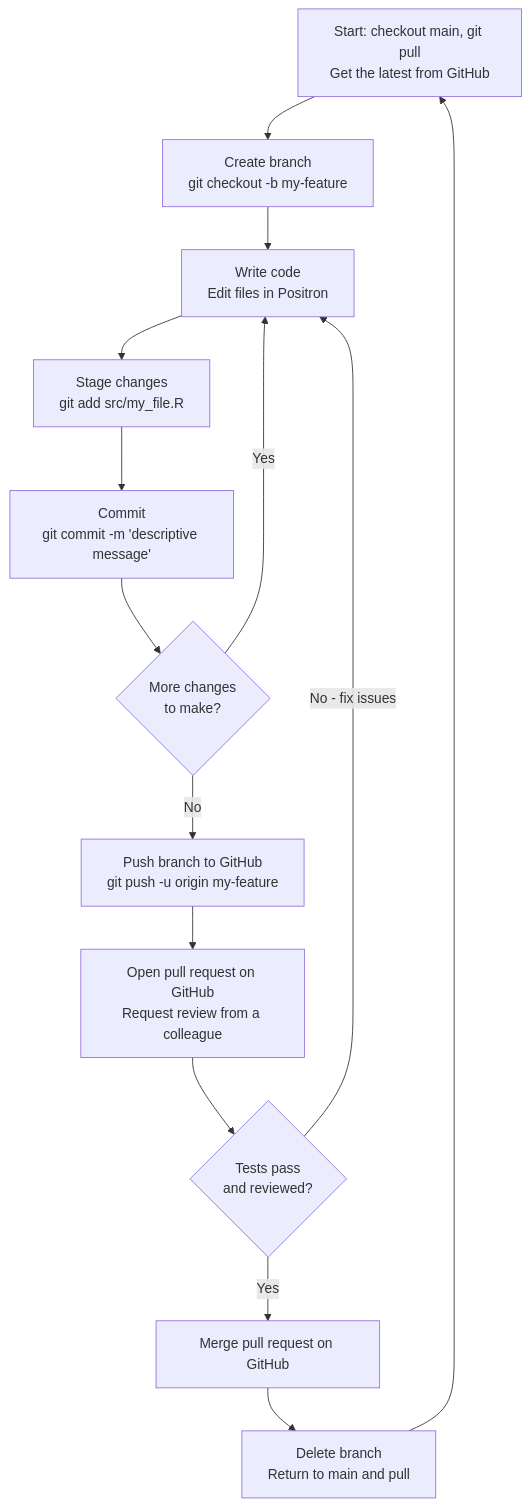
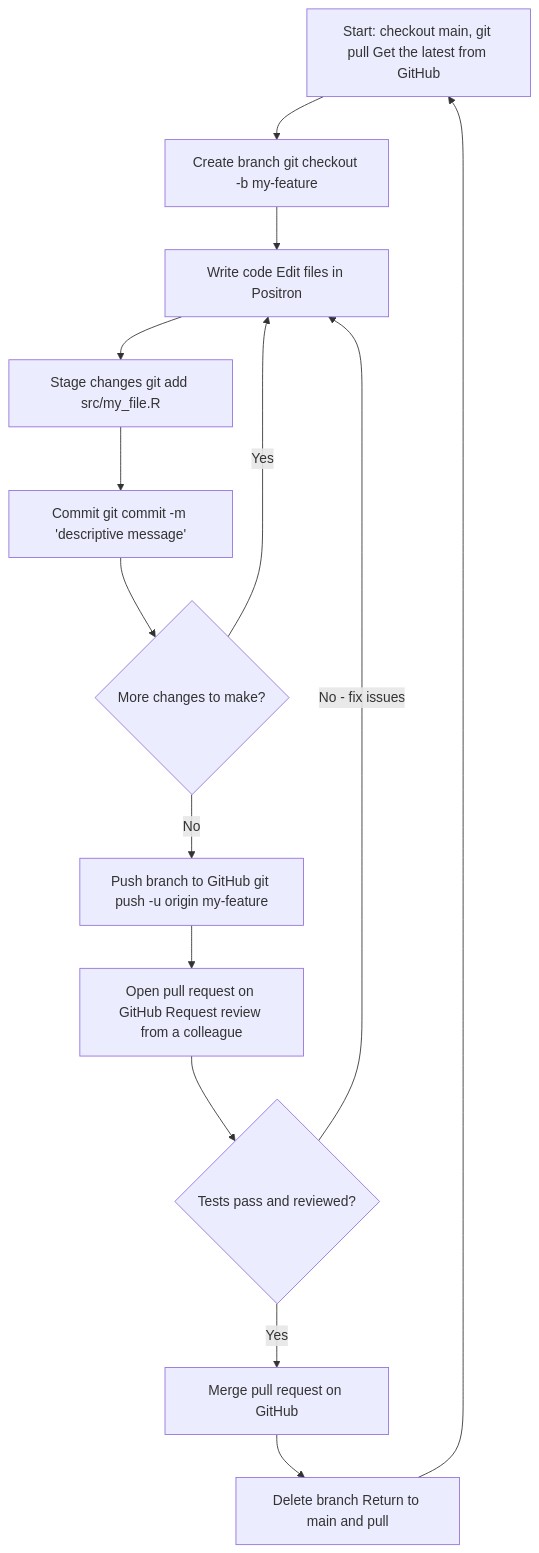
The sixth of 6 diagrams in docs/git-fundamentals.md (Ch3w3y/docker_gcp), drawn with Mermaid before and after one commit. The commit also changed other lines of this file and 10 other files, not shown here.

First line of the commit message:
Fix mermaid diagram rendering: replace literal \n with spaces

````diff
--- a/docs/git-fundamentals.md
+++ b/docs/git-fundamentals.md
@@ -276,28 +276,28 @@
 ```mermaid
 flowchart TD
-    A["Start: checkout main, git pull\nGet the latest from GitHub"] --> B
+    A["Start: checkout main, git pull Get the latest from GitHub"] --> B
 
-    B["Create branch\ngit checkout -b my-feature"] --> C
+    B["Create branch git checkout -b my-feature"] --> C
 
-    C["Write code\nEdit files in Positron"] --> D
+    C["Write code Edit files in Positron"] --> D
 
-    D["Stage changes\ngit add src/my_file.R"] --> E
+    D["Stage changes git add src/my_file.R"] --> E
 
-    E["Commit\ngit commit -m 'descriptive message'"] --> F
+    E["Commit git commit -m 'descriptive message'"] --> F
 
-    F{More changes\nto make?}
+    F{More changes to make?}
     F -->|Yes| C
     F -->|No| G
 
-    G["Push branch to GitHub\ngit push -u origin my-feature"] --> H
+    G["Push branch to GitHub git push -u origin my-feature"] --> H
 
-    H["Open pull request on GitHub\nRequest review from a colleague"] --> I
+    H["Open pull request on GitHub Request review from a colleague"] --> I
 
-    I{Tests pass\nand reviewed?}
+    I{Tests pass and reviewed?}
     I -->|No - fix issues| C
     I -->|Yes| J
 
     J["Merge pull request on GitHub"] --> K
 
-    K["Delete branch\nReturn to main and pull"] --> A
+    K["Delete branch Return to main and pull"] --> A
 ```
````
